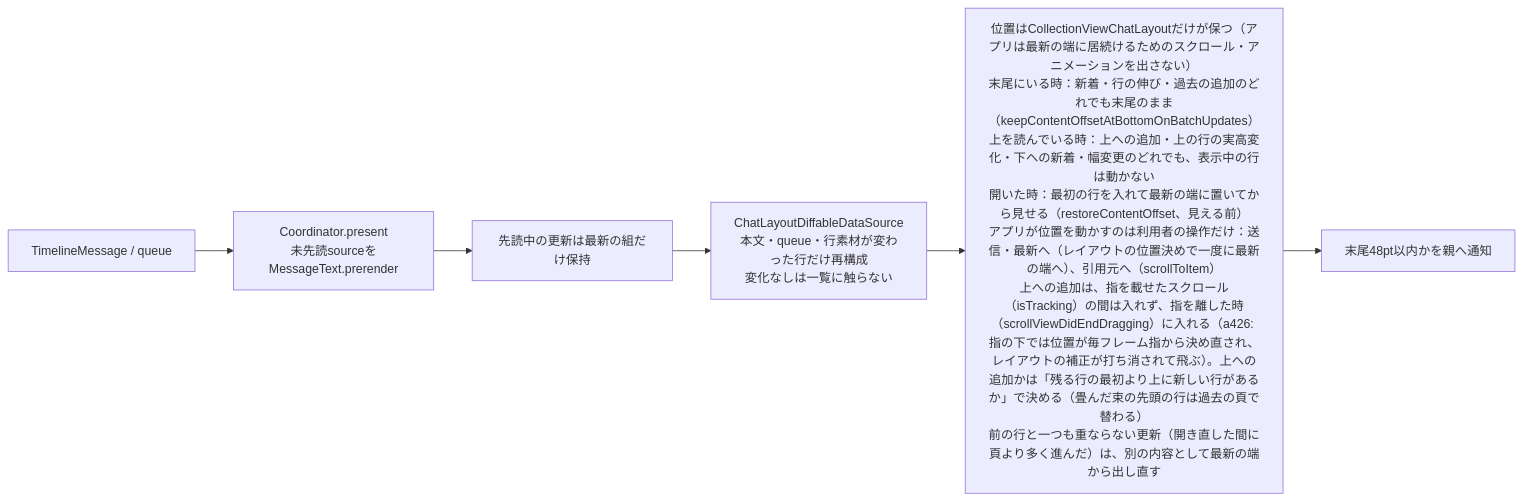
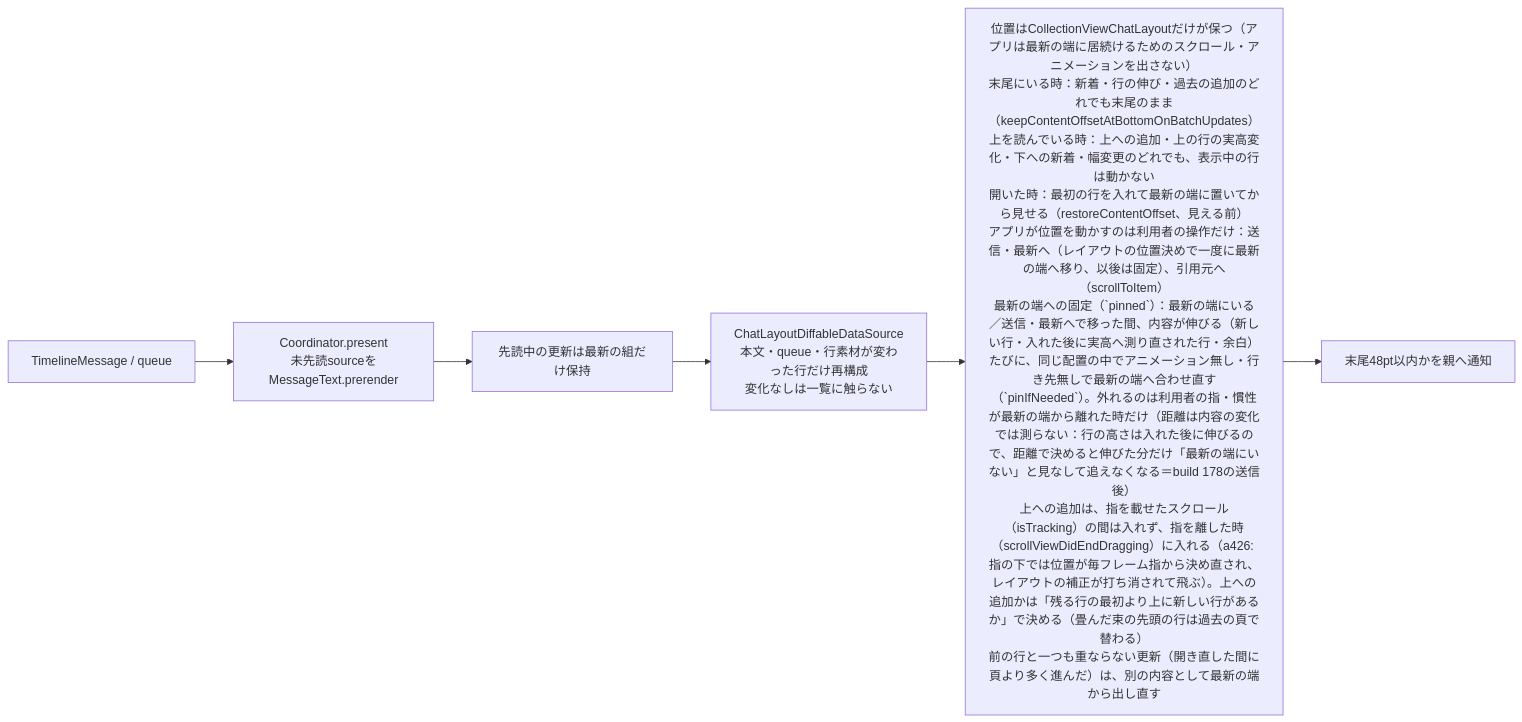
Before and after one commit to kitepon/BellTeam: the second of 9 diagrams in docs/architecture/modules/apple/conversation.md, drawn with Mermaid. The commit also changed other lines of this file and 8 other files, not shown here.

Commit message:
Apple build 179: the chat keeps following the newest edge after a send (content growth no longer drops the pin)

````diff
--- a/docs/architecture/modules/apple/conversation.md
+++ b/docs/architecture/modules/apple/conversation.md
@@ -56,8 +58,8 @@
 ```mermaid
 flowchart LR
   Model["TimelineMessage / queue"] --> Prepare["Coordinator.present<br/>未先読sourceをMessageText.prerender"]
   Prepare --> Latest["先読中の更新は最新の組だけ保持"]
   Latest --> Apply["ChatLayoutDiffableDataSource<br/>本文・queue・行素材が変わった行だけ再構成<br/>変化なしは一覧に触らない"]
-  Apply --> Position["位置はCollectionViewChatLayoutだけが保つ（アプリは最新の端に居続けるためのスクロール・アニメーションを出さない）<br/>末尾にいる時：新着・行の伸び・過去の追加のどれでも末尾のまま（keepContentOffsetAtBottomOnBatchUpdates）<br/>上を読んでいる時：上への追加・上の行の実高変化・下への新着・幅変更のどれでも、表示中の行は動かない<br/>開いた時：最初の行を入れて最新の端に置いてから見せる（restoreContentOffset、見える前）<br/>アプリが位置を動かすのは利用者の操作だけ：送信・最新へ（レイアウトの位置決めで一度に最新の端へ）、引用元へ（scrollToItem）<br/>上への追加は、指を載せたスクロール（isTracking）の間は入れず、指を離した時（scrollViewDidEndDragging）に入れる（a426: 指の下では位置が毎フレーム指から決め直され、レイアウトの補正が打ち消されて飛ぶ）。上への追加かは「残る行の最初より上に新しい行があるか」で決める（畳んだ束の先頭の行は過去の頁で替わる）<br/>前の行と一つも重ならない更新（開き直した間に頁より多く進んだ）は、別の内容として最新の端から出し直す"]
+  Apply --> Position["位置はCollectionViewChatLayoutだけが保つ（アプリは最新の端に居続けるためのスクロール・アニメーションを出さない）<br/>末尾にいる時：新着・行の伸び・過去の追加のどれでも末尾のまま（keepContentOffsetAtBottomOnBatchUpdates）<br/>上を読んでいる時：上への追加・上の行の実高変化・下への新着・幅変更のどれでも、表示中の行は動かない<br/>開いた時：最初の行を入れて最新の端に置いてから見せる（restoreContentOffset、見える前）<br/>アプリが位置を動かすのは利用者の操作だけ：送信・最新へ（レイアウトの位置決めで一度に最新の端へ移り、以後は固定）、引用元へ（scrollToItem）<br/>最新の端への固定（`pinned`）：最新の端にいる／送信・最新へで移った間、内容が伸びる（新しい行・入れた後に実高へ測り直された行・余白）たびに、同じ配置の中でアニメーション無し・行き先無しで最新の端へ合わせ直す（`pinIfNeeded`）。外れるのは利用者の指・慣性が最新の端から離れた時だけ（距離は内容の変化では測らない：行の高さは入れた後に伸びるので、距離で決めると伸びた分だけ「最新の端にいない」と見なして追えなくなる＝build 178の送信後）<br/>上への追加は、指を載せたスクロール（isTracking）の間は入れず、指を離した時（scrollViewDidEndDragging）に入れる（a426: 指の下では位置が毎フレーム指から決め直され、レイアウトの補正が打ち消されて飛ぶ）。上への追加かは「残る行の最初より上に新しい行があるか」で決める（畳んだ束の先頭の行は過去の頁で替わる）<br/>前の行と一つも重ならない更新（開き直した間に頁より多く進んだ）は、別の内容として最新の端から出し直す"]
   Position --> Callback["末尾48pt以内かを親へ通知"]
 ```
````
